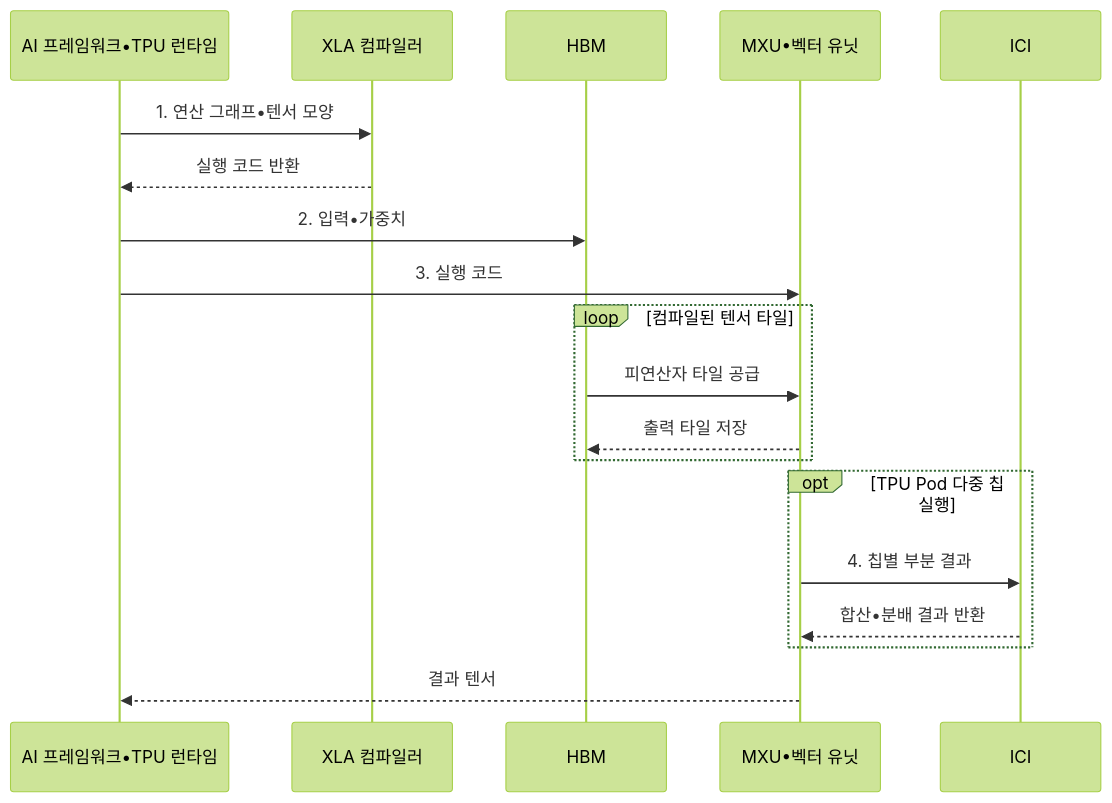
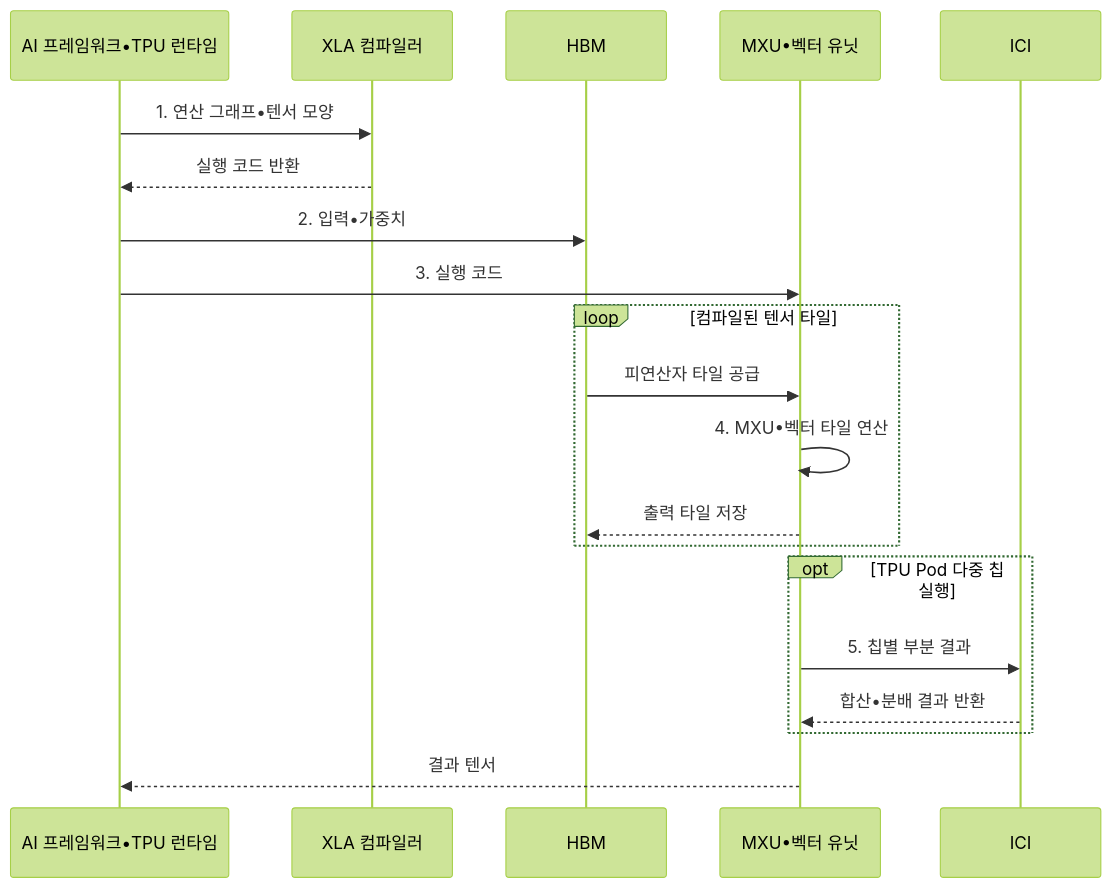
The second of 2 diagrams in src/content/docs/notes/02-hardware/043_tensor_processing_unit.md (agnusdei1207/knowledge-base), drawn with Mermaid (forest theme) before and after one commit. The commit also changed other lines of this file and 14 other files, not shown here.

````diff
--- a/src/content/docs/notes/02-hardware/043_tensor_processing_unit.md
+++ b/src/content/docs/notes/02-hardware/043_tensor_processing_unit.md
@@ -101,22 +101,23 @@
 ```mermaid
 sequenceDiagram
     participant A as AI 프레임워크•TPU 런타임
     participant X as XLA 컴파일러
     participant H as HBM
     participant C as MXU•벡터 유닛
     participant I as ICI
 
     A->>X: 1. 연산 그래프•텐서 모양
     X-->>A: 실행 코드 반환
     A->>H: 2. 입력•가중치
     A->>C: 3. 실행 코드
     loop 컴파일된 텐서 타일
         H->>C: 피연산자 타일 공급
+        C->>C: 4. MXU•벡터 타일 연산
         C-->>H: 출력 타일 저장
     end
     opt TPU Pod 다중 칩 실행
-        C->>I: 4. 칩별 부분 결과
+        C->>I: 5. 칩별 부분 결과
         I-->>C: 합산•분배 결과 반환
     end
     C-->>A: 결과 텐서
 ```
````
